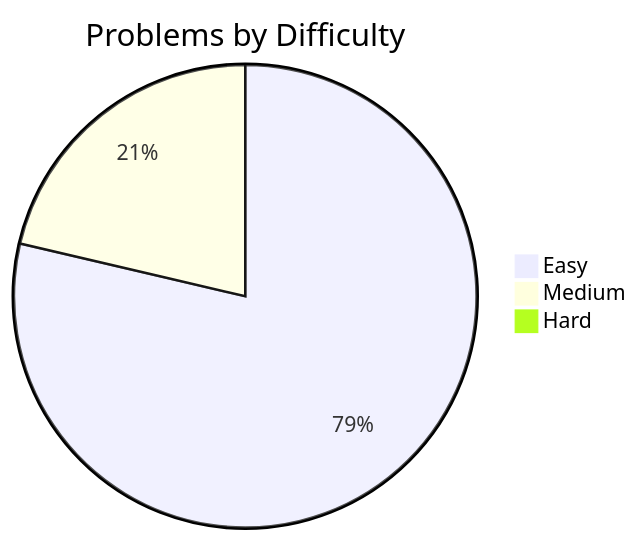
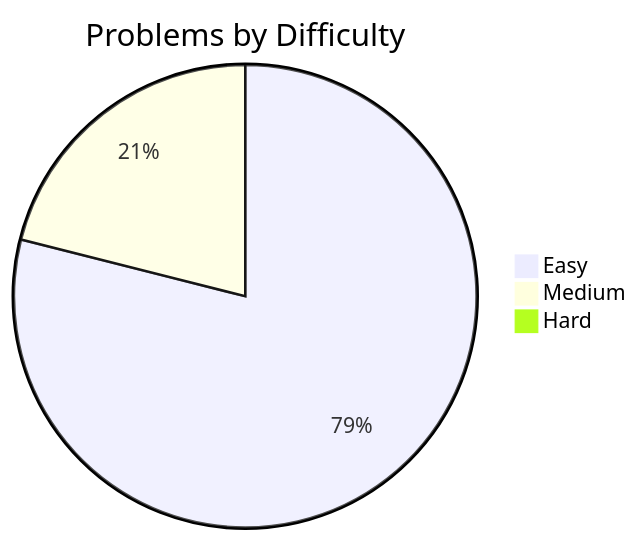
One commit to davelin18yufan/leetcode-journal changed the diagram in README.md. Above: the diagram before and after it, drawn with Mermaid. The commit also changed other lines of this file and 4 other files, not shown here.

````diff
--- a/README.md
+++ b/README.md
@@ -7,7 +7,7 @@
 ```mermaid
 pie
     title Problems by Difficulty
-    "Easy" : 59
+    "Easy" : 60
     "Medium" : 16
     "Hard" : 0
 ```
````
